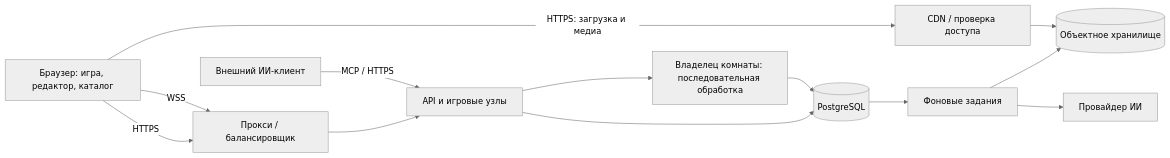
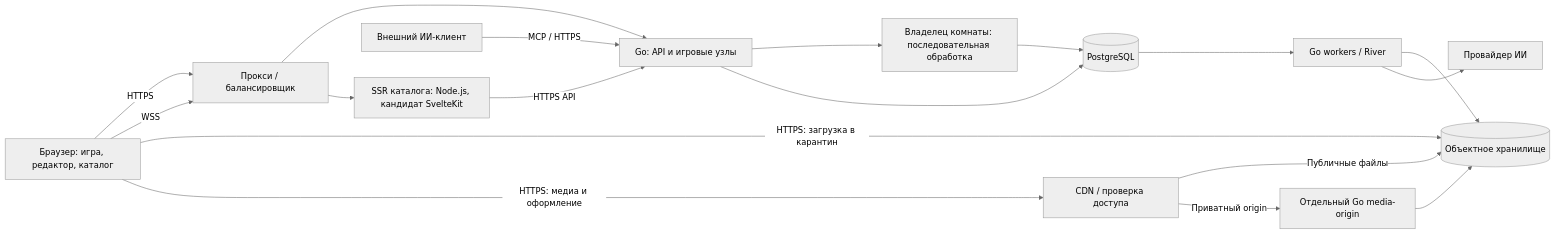
The diagram in Docs/03-ARCHITECTURE.md (andrewpiskunov/si-platform), drawn with Mermaid (neutral theme) before and after one commit. The commit also changed other lines of this file and 9 other files, not shown here.

````diff
--- a/Docs/03-ARCHITECTURE.md
+++ b/Docs/03-ARCHITECTURE.md
@@ -26,15 +26,20 @@
 ```mermaid
 flowchart LR
     U["Браузер: игра, редактор, каталог"] -->|HTTPS| E["Прокси / балансировщик"]
     U -->|WSS| E
-    E --> A["API и игровые узлы"]
+    E --> A["Go: API и игровые узлы"]
+    E --> F["SSR каталога: Node.js, кандидат SvelteKit"]
+    F -->|HTTPS API| A
     A --> G["Владелец комнаты: последовательная обработка"]
     A --> D[("PostgreSQL")]
     G --> D
-    D --> W["Фоновые задания"]
+    D --> W["Go workers / River"]
     W --> S[("Объектное хранилище")]
-    U -->|HTTPS: загрузка и медиа| C["CDN / проверка доступа"]
-    C --> S
+    U -->|HTTPS: загрузка в карантин| S
+    U -->|HTTPS: медиа и оформление| C["CDN / проверка доступа"]
+    C -->|Публичные файлы| S
+    C -->|Приватный origin| O["Отдельный Go media-origin"]
+    O --> S
     W --> L["Провайдер ИИ"]
     M["Внешний ИИ-клиент"] -->|MCP / HTTPS| A
 ```
````
